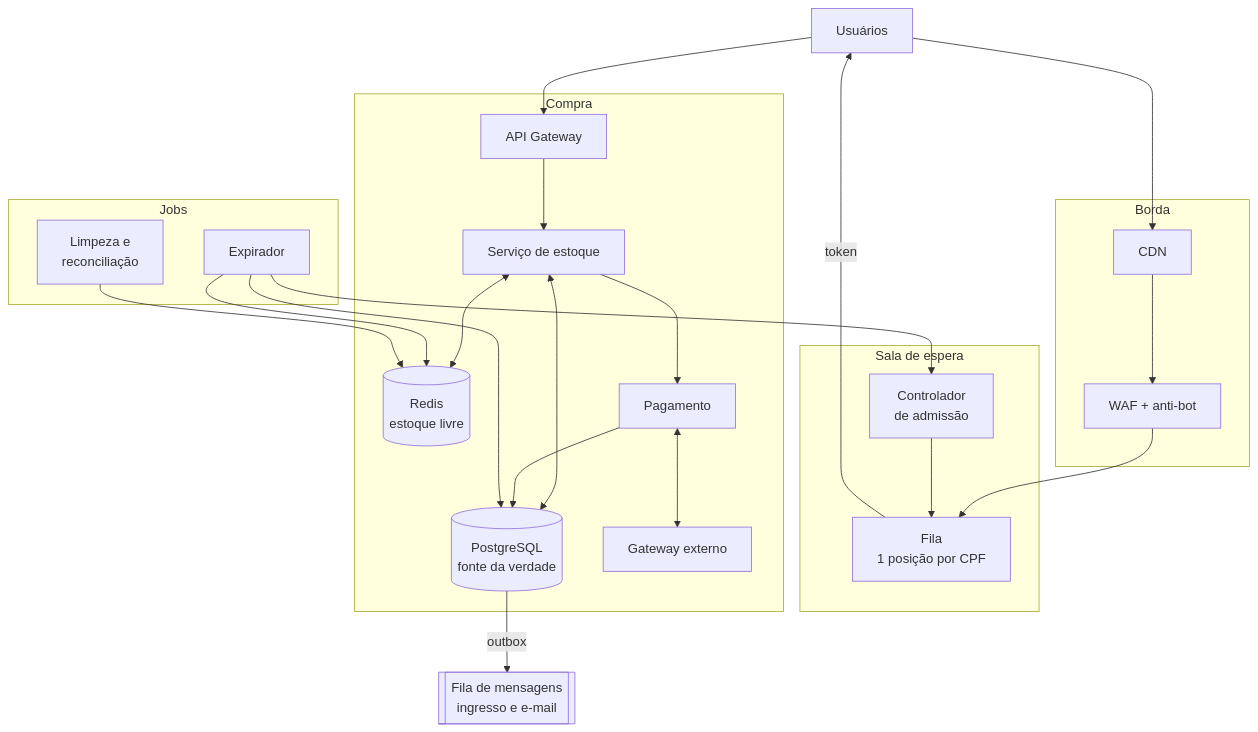
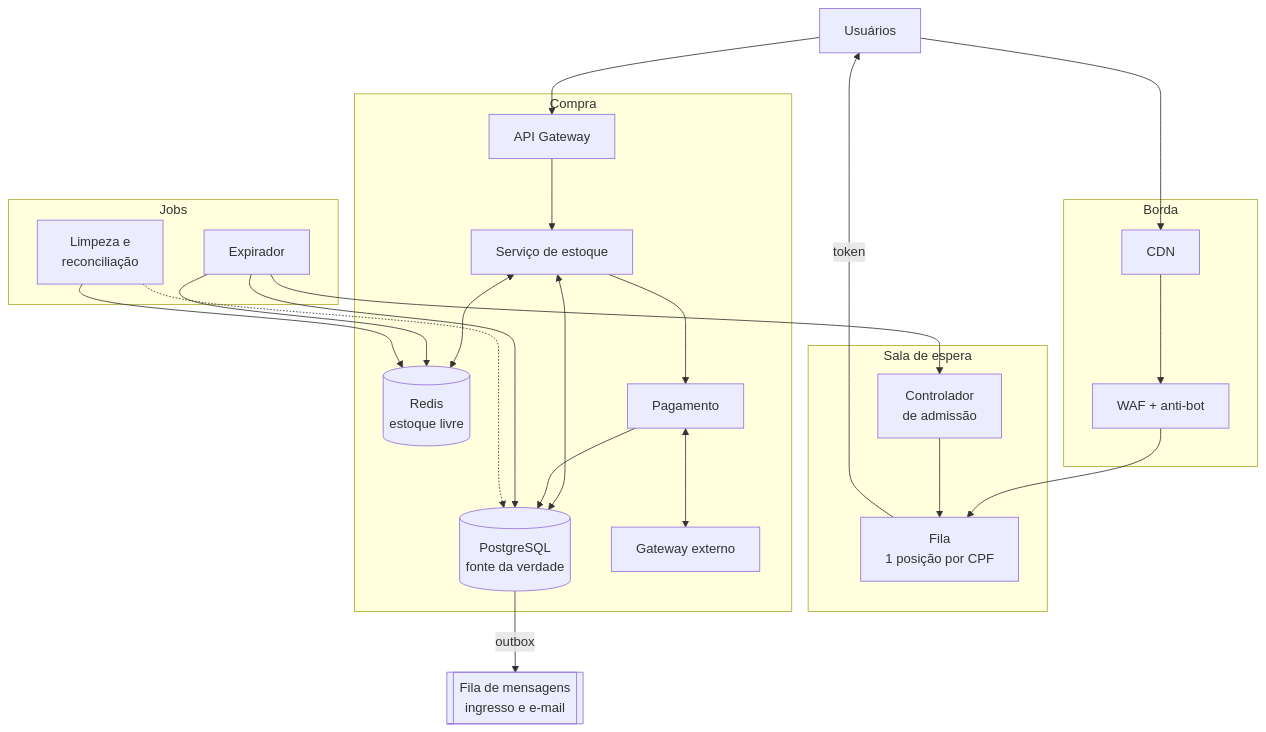
One commit to viniciusnau/rock-in-rio-ticketing-architecture changed the first of 3 diagrams in README.md. Above: the diagram before and after it, drawn with Mermaid. The commit also changed other lines of this file, not shown here.

````diff
--- a/README.md
+++ b/README.md
@@ -15,44 +15,45 @@
 ```mermaid
 flowchart TB
     U["Usuários"]
 
     subgraph EDGE["Borda"]
         CDN["CDN"]
         WAF["WAF + anti-bot"]
     end
 
     subgraph QUEUE["Sala de espera"]
         WR["Fila<br/>1 posição por CPF"]
         ADM["Controlador<br/>de admissão"]
     end
 
     subgraph CORE["Compra"]
         GW["API Gateway"]
         INV["Serviço de estoque"]
         RS[("Redis<br/>estoque livre")]
         DB[("PostgreSQL<br/>fonte da verdade")]
         PAY["Pagamento"]
         PSP["Gateway externo"]
     end
 
     subgraph JOBS["Jobs"]
         EXP["Expirador"]
         REC["Limpeza e<br/>reconciliação"]
     end
 
     MQ[["Fila de mensagens<br/>ingresso e e-mail"]]
 
     U --> CDN --> WAF --> WR
     ADM --> WR
     WR -- "token" --> U
     U --> GW --> INV
     INV <--> RS
     INV <--> DB
     INV --> PAY <--> PSP
     PAY --> DB
     EXP --> DB
     EXP --> RS
     EXP --> ADM
     REC --> RS
+    REC -.-> DB
     DB -- "outbox" --> MQ
 ```
````
